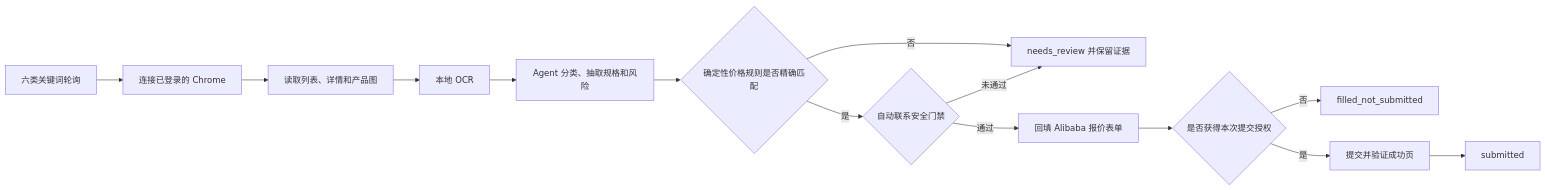
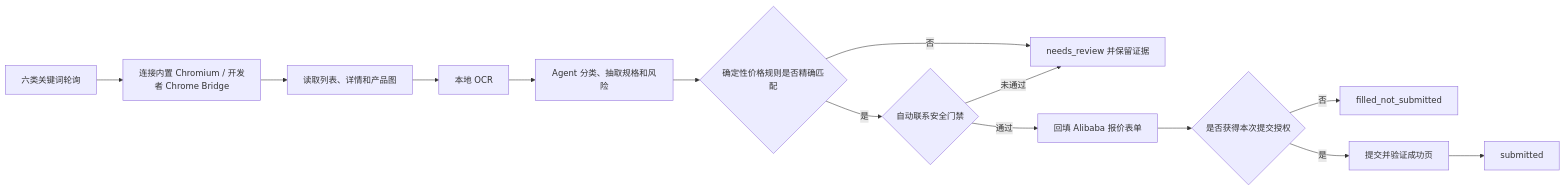
Before and after one commit to aihes/alibaba-rfq-agent: the diagram in README.md, drawn with Mermaid. The commit also changed other lines of this file and 42 other files, not shown here.

````diff
--- a/README.md
+++ b/README.md
@@ -95,16 +97,16 @@
 ```mermaid
 flowchart LR
-  A[六类关键词轮询] --> B[连接已登录的 Chrome]
+  A[六类关键词轮询] --> B[连接内置 Chromium / 开发者 Chrome Bridge]
   B --> C[读取列表、详情和产品图]
   C --> D[本地 OCR]
   D --> E[Agent 分类、抽取规格和风险]
   E --> F{确定性价格规则是否精确匹配}
   F -->|否| G[needs_review 并保留证据]
   F -->|是| H{自动联系安全门禁}
   H -->|未通过| G
   H -->|通过| I[回填 Alibaba 报价表单]
   I --> J{是否获得本次提交授权}
   J -->|否| K[filled_not_submitted]
   J -->|是| L[提交并验证成功页]
   L --> M[submitted]
 ```
````
